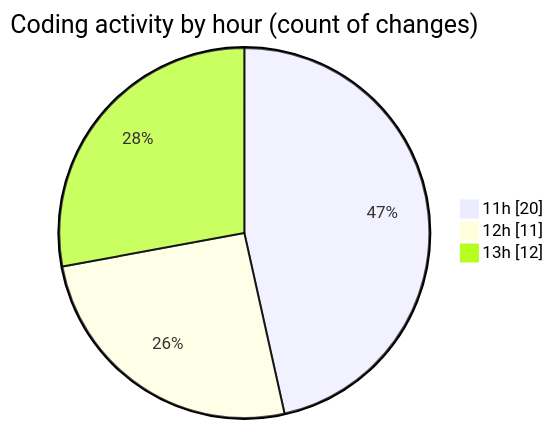
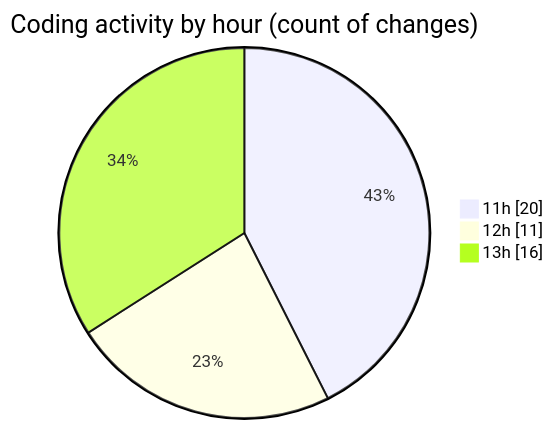
One commit to nxtqubesakshisongat/code-tracking changed the second of 2 diagrams in 2025-09-24/nxtqube_webapp/README.md. Above: the diagram before and after it, drawn with Mermaid. The commit also changed other lines of this file and 1 other file, not shown here.

````diff
--- a/2025-09-24/nxtqube_webapp/README.md
+++ b/2025-09-24/nxtqube_webapp/README.md
@@ -31,7 +31,7 @@
 ```mermaid
 pie showData
 title Coding activity by hour (count of changes)
 "11h" : 20
 "12h" : 11
-"13h" : 12
+"13h" : 16
 ```
````
